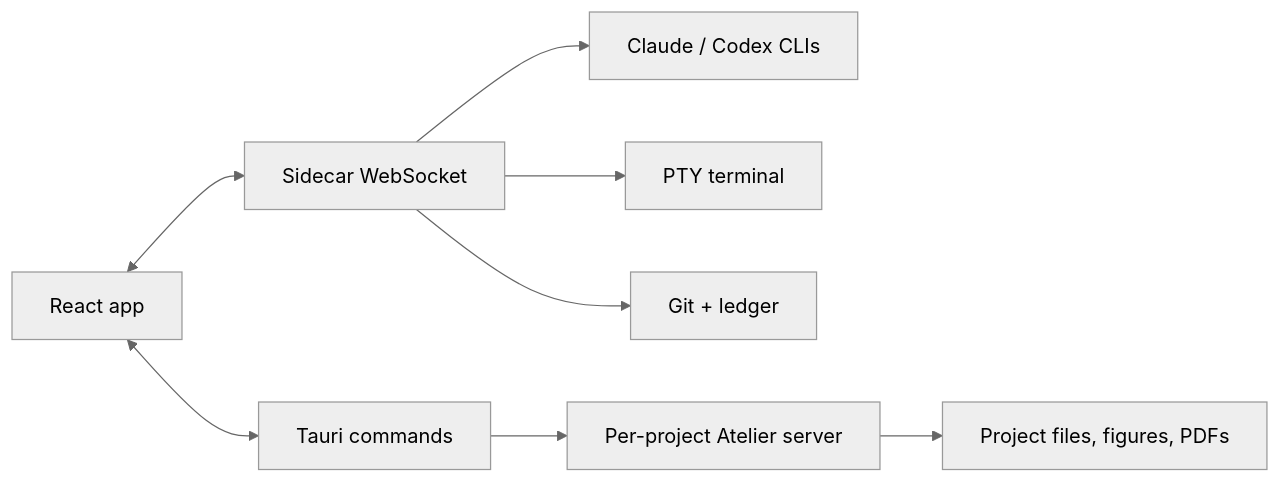
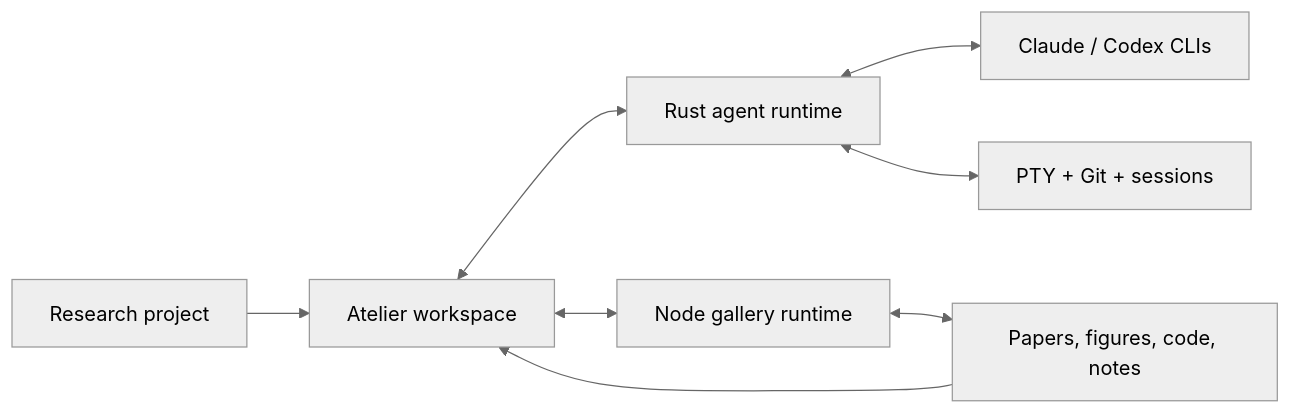
One commit to tofunori/atelier-studio changed the diagram in README.md. Above: the diagram before and after it, drawn with Mermaid (neutral theme). The commit also changed other lines of this file and 15 other files, not shown here.

Commit message:
docs: reposition Atelier as an agentic research environment

````diff
--- a/README.md
+++ b/README.md
@@ -103,10 +81,10 @@
 ```mermaid
 flowchart LR
-  UI["React app"] <--> WS["Sidecar WebSocket"]
-  UI <--> TAURI["Tauri commands"]
-  WS --> AGENTS["Claude / Codex CLIs"]
-  WS --> TERM["PTY terminal"]
-  WS --> GIT["Git + ledger"]
-  TAURI --> GALLERY["Per-project Atelier server"]
-  GALLERY --> FILES["Project files, figures, PDFs"]
+  PROJECT["Research project"] --> UI["Atelier workspace"]
+  UI <--> RUNTIME["Rust agent runtime"]
+  UI <--> GALLERY["Node gallery runtime"]
+  RUNTIME <--> AGENTS["Claude / Codex CLIs"]
+  RUNTIME <--> TERM["PTY + Git + sessions"]
+  GALLERY <--> EVIDENCE["Papers, figures, code, notes"]
+  EVIDENCE --> UI
 ```
````
